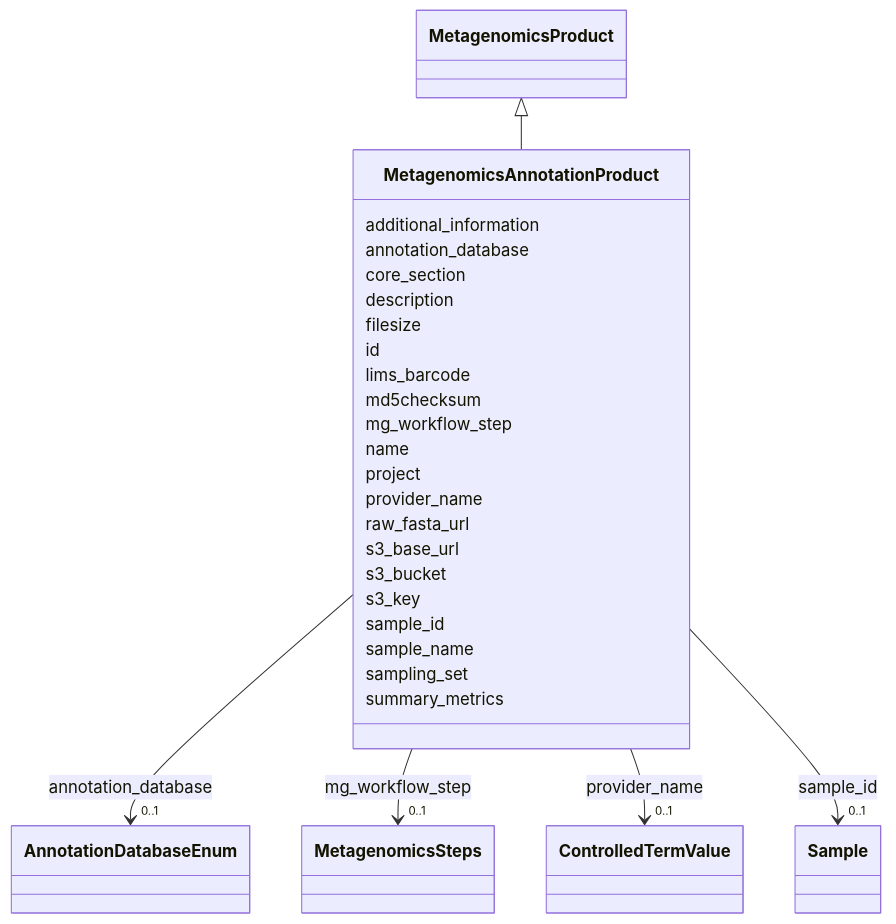
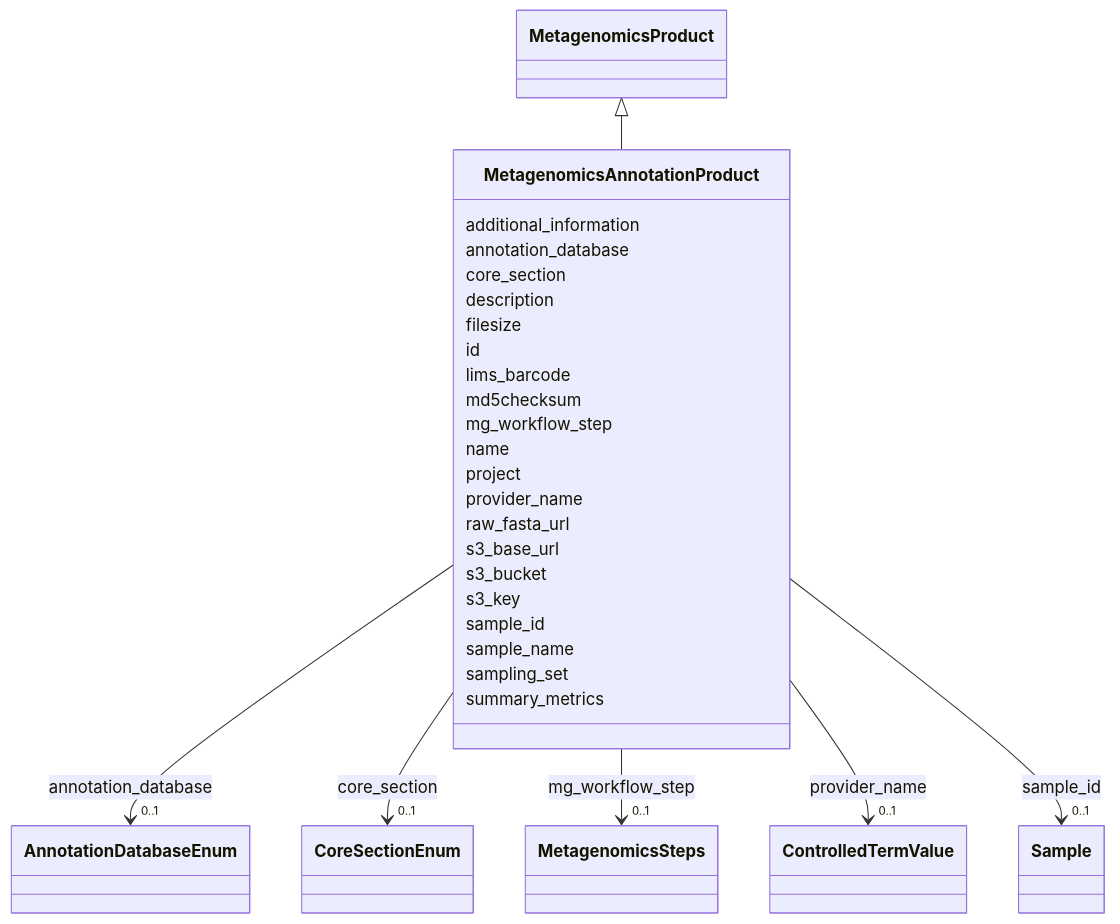
One commit to EMSL-Computing/BASALT-Schema changed the diagram in docs/elements/MetagenomicsAnnotationProduct.md. Above: the diagram before and after it, drawn with Mermaid. The commit also changed other lines of this file and 388 other files, not shown here.

```diff
--- a/docs/elements/MetagenomicsAnnotationProduct.md
+++ b/docs/elements/MetagenomicsAnnotationProduct.md
@@ -40,6 +40,16 @@
 
         
       MetagenomicsAnnotationProduct : core_section
+        
+          
+    
+    
+    
+    
+    MetagenomicsAnnotationProduct --> "0..1" CoreSectionEnum : core_section
+    click CoreSectionEnum href "../CoreSectionEnum"
+    
+
         
       MetagenomicsAnnotationProduct : description
         
```
